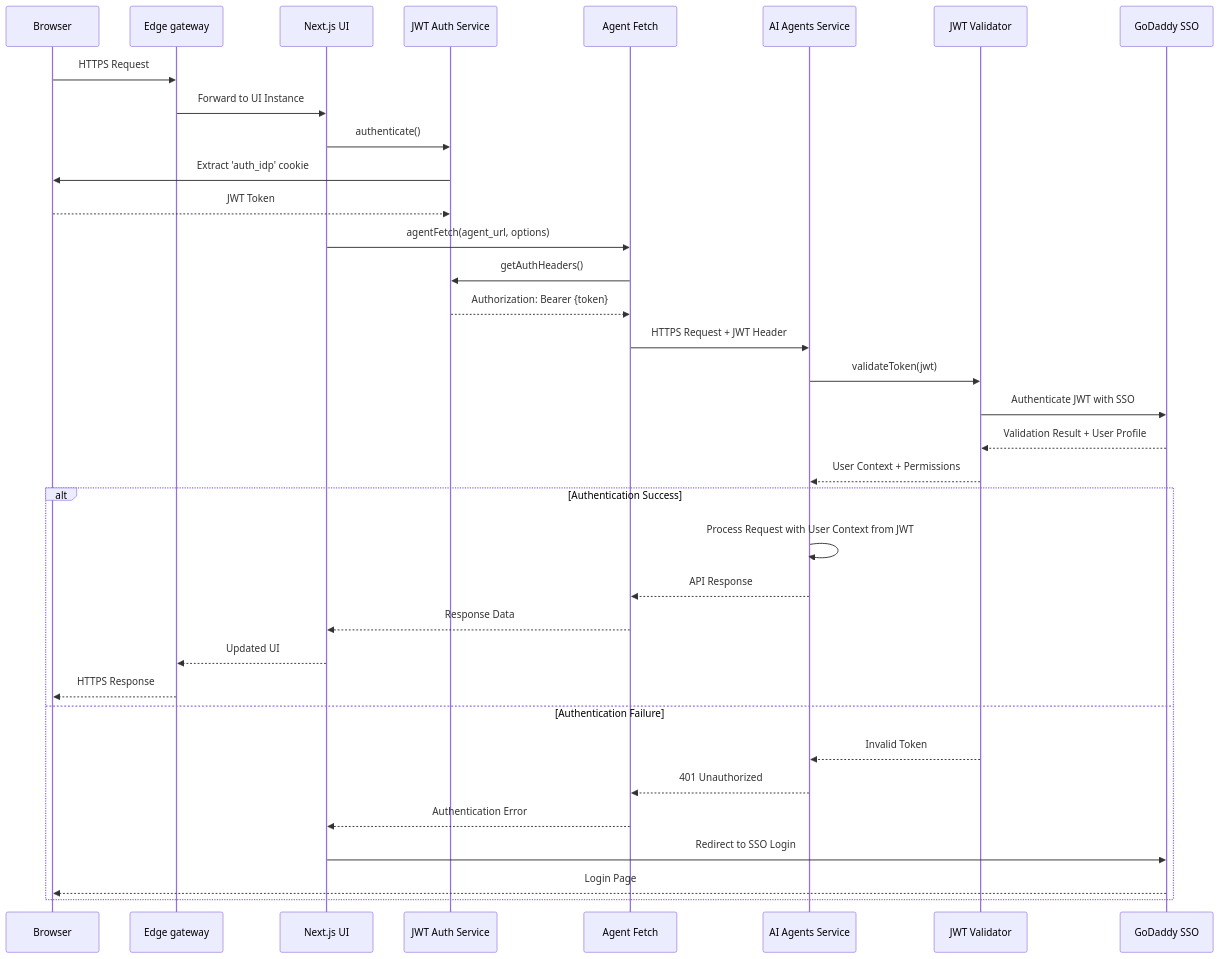
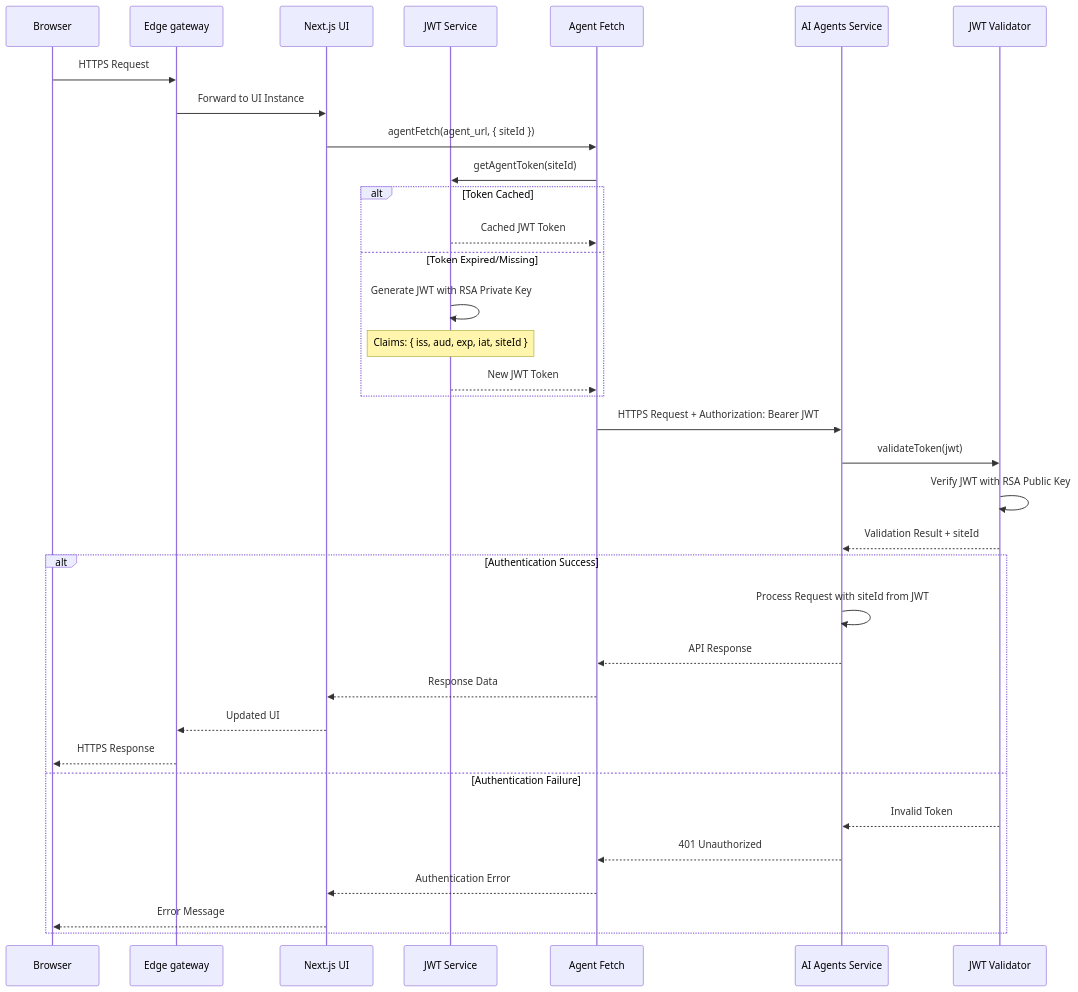
The second of 7 diagrams in docs/ui-agents-authentication-architecture.md (hsharif-godaddy/hackathon2026), drawn with Mermaid before and after one commit. The commit also changed other lines of this file and 37 other files, not shown here.

````diff
--- a/docs/ui-agents-authentication-architecture.md
+++ b/docs/ui-agents-authentication-architecture.md
@@ -68,43 +70,43 @@
 ```mermaid
 sequenceDiagram
     participant Browser
     participant CDN as Edge gateway
     participant UI as Next.js UI
-    participant AuthService as JWT Auth Service
+    participant JWTService as JWT Service
     participant AgentFetch as Agent Fetch
     participant Agents as AI Agents Service
     participant JWTValidator as JWT Validator
-    participant SSO as GoDaddy SSO
 
     Browser->>CDN: HTTPS Request
     CDN->>UI: Forward to UI Instance
-    UI->>AuthService: authenticate()
 
-    AuthService->>Browser: Extract 'auth_idp' cookie
-    Browser-->>AuthService: JWT Token
+    UI->>AgentFetch: agentFetch(agent_url, { siteId })
+    AgentFetch->>JWTService: getAgentToken(siteId)
 
-    UI->>AgentFetch: agentFetch(agent_url, options)
-    AgentFetch->>AuthService: getAuthHeaders()
-    AuthService-->>AgentFetch: Authorization: Bearer {token}
+    alt Token Cached
+        JWTService-->>AgentFetch: Cached JWT Token
+    else Token Expired/Missing
+        JWTService->>JWTService: Generate JWT with RSA Private Key
+        Note over JWTService: Claims: { iss, aud, exp, iat, siteId }
+        JWTService-->>AgentFetch: New JWT Token
+    end
 
-    AgentFetch->>Agents: HTTPS Request + JWT Header
+    AgentFetch->>Agents: HTTPS Request + Authorization: Bearer JWT
 
     Agents->>JWTValidator: validateToken(jwt)
-    JWTValidator->>SSO: Authenticate JWT with SSO
-    SSO-->>JWTValidator: Validation Result + User Profile
-    JWTValidator-->>Agents: User Context + Permissions
+    JWTValidator->>JWTValidator: Verify JWT with RSA Public Key
+    JWTValidator-->>Agents: Validation Result + siteId
 
     alt Authentication Success
-        Agents->>Agents: Process Request with User Context from JWT
+        Agents->>Agents: Process Request with siteId from JWT
         Agents-->>AgentFetch: API Response
         AgentFetch-->>UI: Response Data
         UI-->>CDN: Updated UI
         CDN-->>Browser: HTTPS Response
     else Authentication Failure
         JWTValidator-->>Agents: Invalid Token
         Agents-->>AgentFetch: 401 Unauthorized
         AgentFetch-->>UI: Authentication Error
-        UI->>SSO: Redirect to SSO Login
-        SSO-->>Browser: Login Page
+        UI-->>Browser: Error Message
     end
 ```
````
